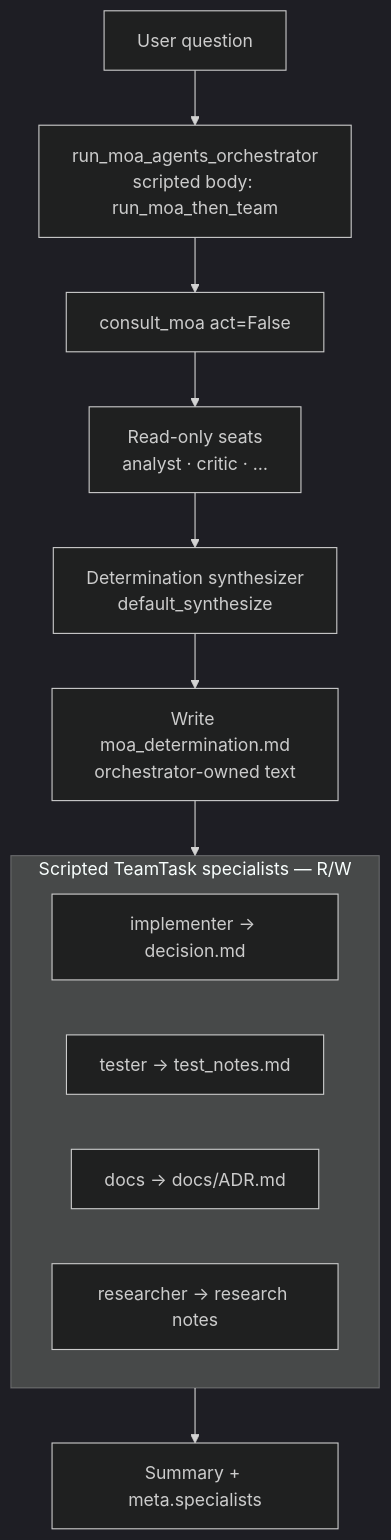
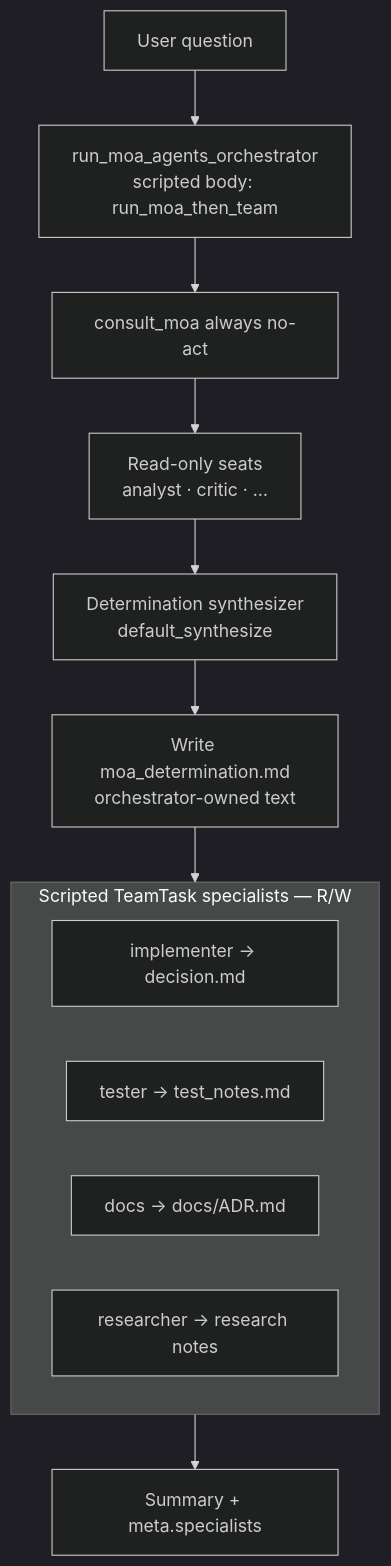
One commit to matthewhand/open-swarm changed the first of 3 diagrams in docs/examples/moa-orchestrator/README.md. Above: the diagram before and after it, drawn with Mermaid (dark theme). The commit also changed other lines of this file and 8 other files, not shown here.

````diff
--- a/docs/examples/moa-orchestrator/README.md
+++ b/docs/examples/moa-orchestrator/README.md
@@ -56,16 +59,16 @@
 ```mermaid
 flowchart TB
     Q[User question] --> Coord[run_moa_agents_orchestrator<br/>scripted body: run_moa_then_team]
-    Coord --> MoA[consult_moa act=False]
+    Coord --> MoA[consult_moa always no-act]
     MoA --> Seats[Read-only seats<br/>analyst · critic · …]
     Seats --> Det[Determination synthesizer<br/>default_synthesize]
     Det --> Note[Write moa_determination.md<br/>orchestrator-owned text]
     Note --> Specs
     subgraph Specs [Scripted TeamTask specialists — R/W]
       Imp[implementer → decision.md]
       Tst[tester → test_notes.md]
       Docs[docs → docs/ADR.md]
       Res[researcher → research notes]
     end
     Specs --> Out[Summary + meta.specialists]
 ```
````
